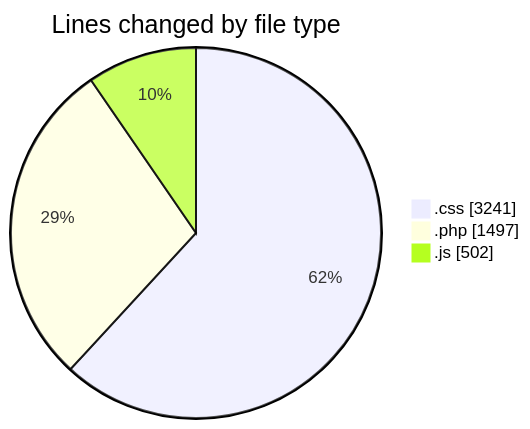
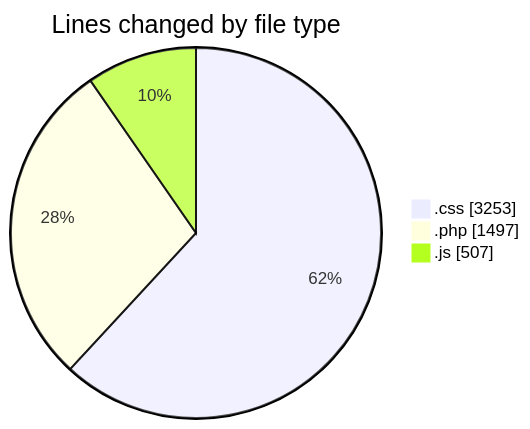
Before and after one commit to debugP/code-tracking: the first of 2 diagrams in 2026-07-22/untitled__workspace_/README.md, drawn with Mermaid. The commit also changed other lines of this file and 1 other file, not shown here.

````diff
--- a/2026-07-22/untitled__workspace_/README.md
+++ b/2026-07-22/untitled__workspace_/README.md
@@ -23,7 +23,7 @@
 ```mermaid
 pie showData
 title Lines changed by file type
-".css" : 3241
+".css" : 3253
 ".php" : 1497
-".js" : 502
+".js" : 507
 ```
````
